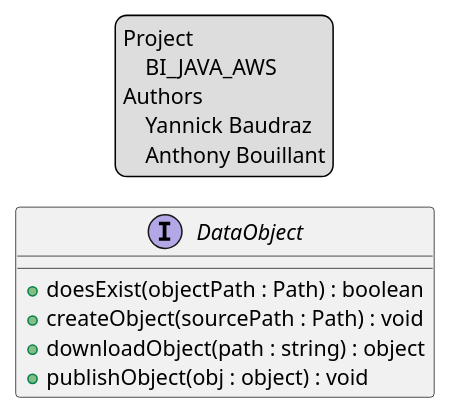
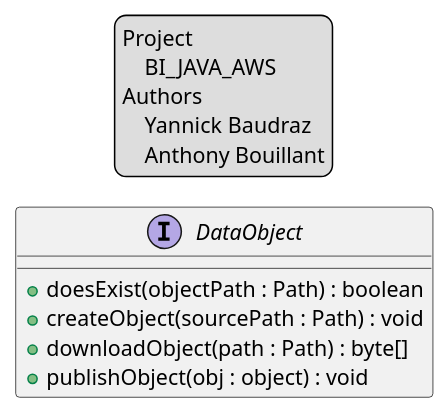
Before and after one commit to CPNV-ES-BI/BI_JAVA_AWS: the diagram in doc/DataObject.puml, drawn with PlantUML. The commit also changed 3 other files, not shown here.

Commit message:
Update download object

```diff
--- a/doc/DataObject.puml
+++ b/doc/DataObject.puml
@@ -1,19 +1,19 @@
 @startuml
 'https://plantuml.com/class-diagram
 
 legend top
     Project
         BI_JAVA_AWS
     Authors
         Yannick Baudraz
         Anthony Bouillant
 endlegend
 
 interface DataObject {
     + doesExist(objectPath : Path) : boolean
     + createObject(sourcePath : Path) : void
-    + downloadObject(path : string) : object
+    + downloadObject(path : Path) : byte[]
     + publishObject(obj : object) : void
 }
 
 @enduml
```
